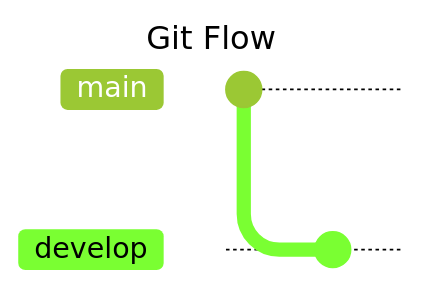
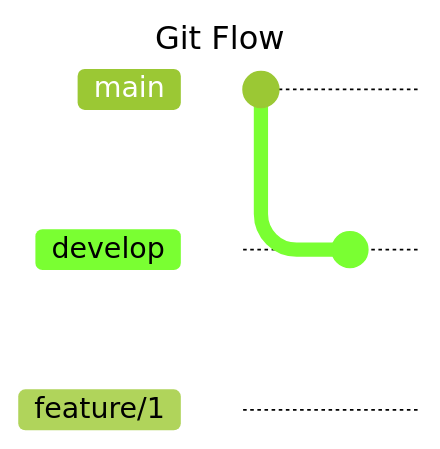
The diagram in README.md (Weydon-Ding/learn-gitflow), drawn with Mermaid (forest theme) before and after one commit. Commit ids are hidden.

Commit message:
feat: branch feature/1

````diff
--- a/README.md
+++ b/README.md
@@ -3,12 +3,13 @@
 ```mermaid
 ---
 title: Git Flow
 ---
 
 gitGraph
 
 commit
 branch develop
 
 commit
+branch feature/1
 ```
````
